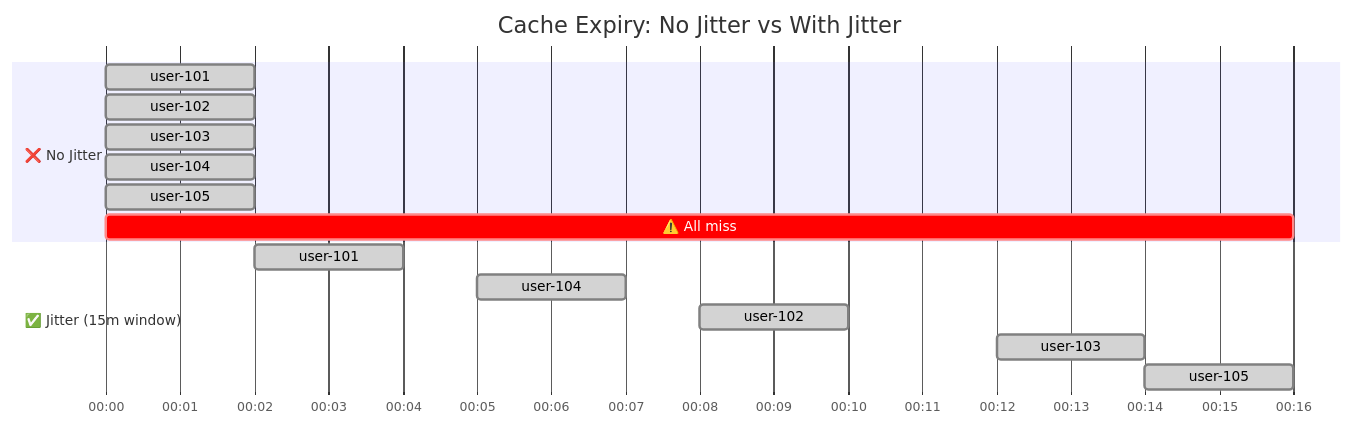
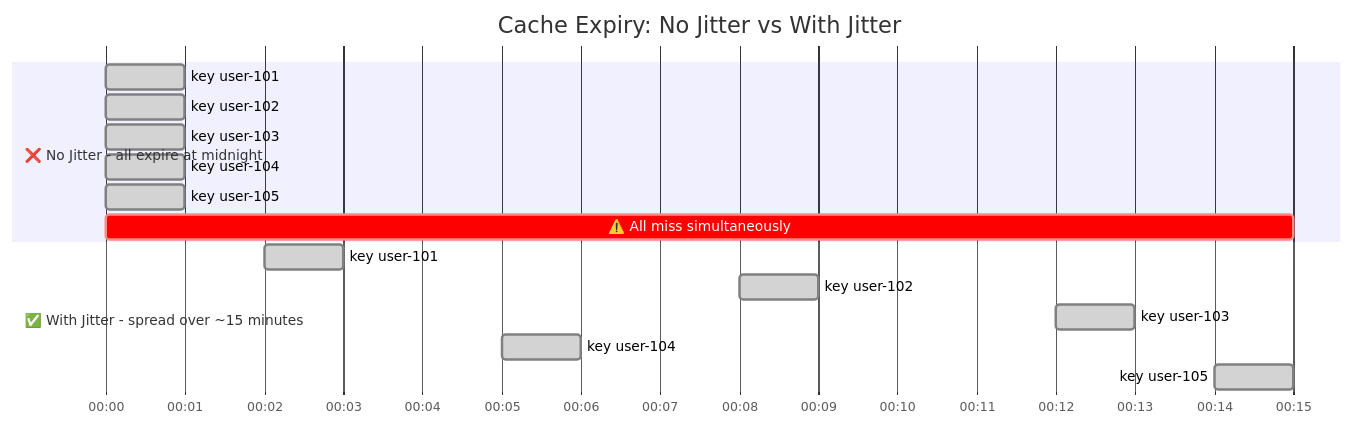
One commit to g-savitha/portfolio changed the fifth of 11 diagrams in content/posts/38-thundering-herd.md. Above: the diagram before and after it, drawn with Mermaid. The commit also changed other lines of this file, not shown here.

````diff
--- a/content/posts/38-thundering-herd.md
+++ b/content/posts/38-thundering-herd.md
@@ -180,22 +214,21 @@
 ```mermaid
 gantt
     title Cache Expiry: No Jitter vs With Jitter
     dateFormat HH:mm
     axisFormat %H:%M
-    tickInterval 2m
 
-    section ❌ No Jitter
-    user-101         :done, 00:00, 2m
-    user-102         :done, 00:00, 2m
-    user-103         :done, 00:00, 2m
-    user-104         :done, 00:00, 2m
-    user-105         :done, 00:00, 2m
-    ⚠️ All miss      :crit, 00:00, 16m
+    section ❌ No Jitter - all expire at midnight
+    key user-101     :done, 00:00, 1m
+    key user-102     :done, 00:00, 1m
+    key user-103     :done, 00:00, 1m
+    key user-104     :done, 00:00, 1m
+    key user-105     :done, 00:00, 1m
+    ⚠️ All miss simultaneously :crit, 00:00, 15m
 
-    section ✅ Jitter (15m window)
-    user-101         :done, 00:02, 2m
-    user-104         :done, 00:05, 2m
-    user-102         :done, 00:08, 2m
-    user-103         :done, 00:12, 2m
-    user-105         :done, 00:14, 2m
+    section ✅ With Jitter - spread over ~15 minutes
+    key user-101     :done, 00:02, 1m
+    key user-102     :done, 00:08, 1m
+    key user-103     :done, 00:12, 1m
+    key user-104     :done, 00:05, 1m
+    key user-105     :done, 00:14, 1m
 ```
````
